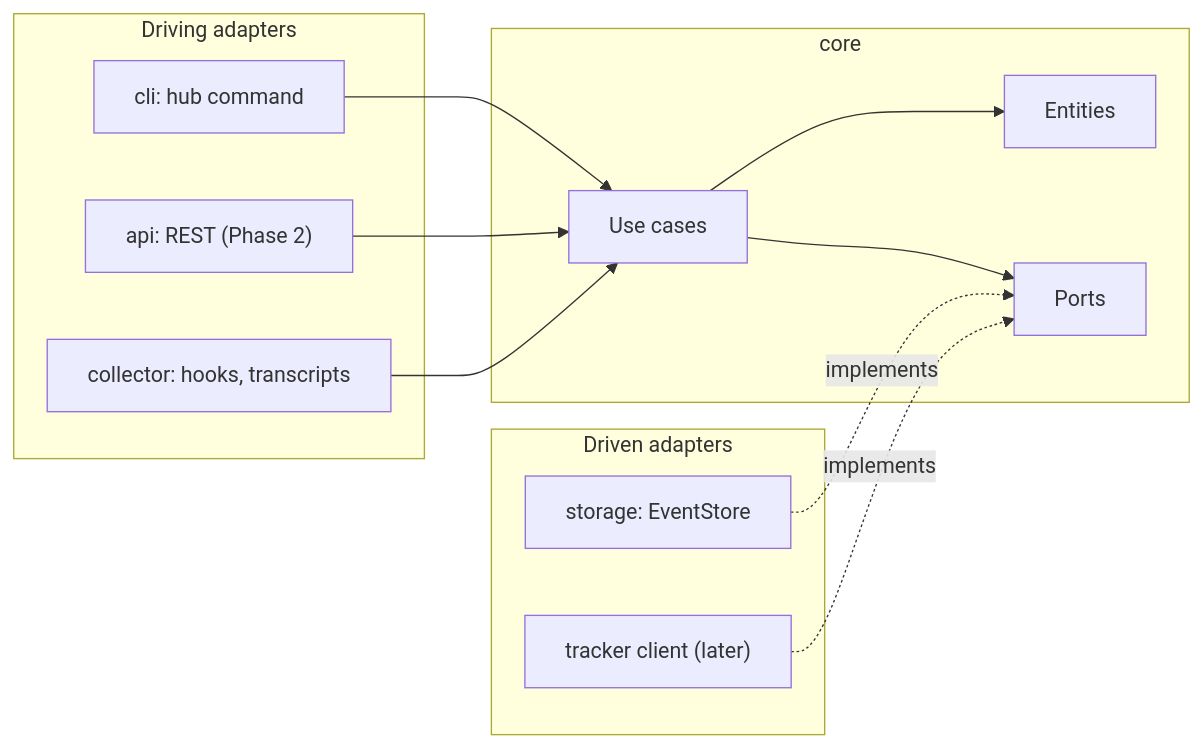
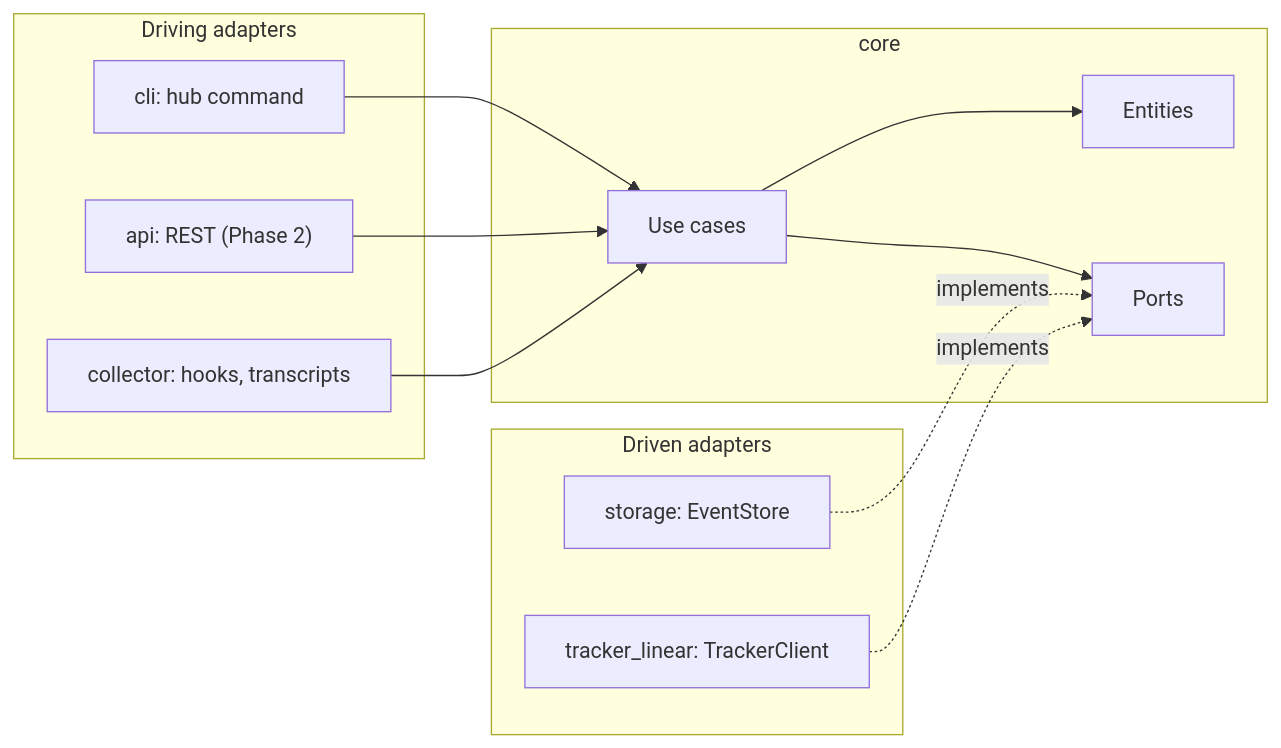
One commit to jroquette/agent-hub changed the second of 2 diagrams in docs/ARCHITECTURE.md. Above: the diagram before and after it, drawn with Mermaid. The commit also changed other lines of this file and 7 other files, not shown here.

````diff
--- a/docs/ARCHITECTURE.md
+++ b/docs/ARCHITECTURE.md
@@ -109,21 +116,21 @@
 ```mermaid
 flowchart LR
   subgraph adapters_in[Driving adapters]
     cli[cli: hub command]
     api["api: REST (Phase 2)"]
     collector[collector: hooks, transcripts]
   end
   subgraph core[core]
     usecases[Use cases] --> entities[Entities]
     usecases --> ports[Ports]
   end
   subgraph adapters_out[Driven adapters]
     storage[storage: EventStore]
-    tracker["tracker client (later)"]
+    tracker[tracker_linear: TrackerClient]
   end
   cli --> usecases
   api --> usecases
   collector --> usecases
   storage -. implements .-> ports
   tracker -. implements .-> ports
 ```
````
